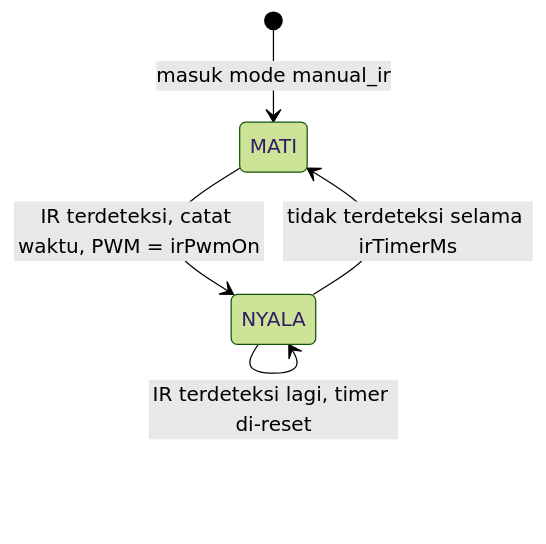
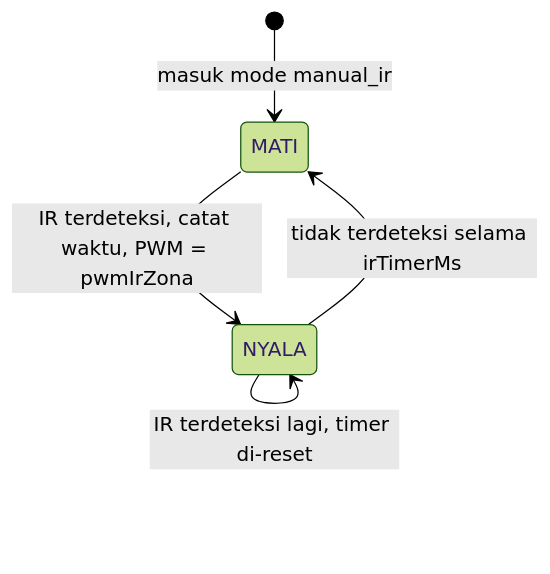
The diagram in docs/learning/07-mode-ir.md (ardellrasen/TPT-Adaptive-Lighting), drawn with Mermaid (forest theme) before and after one commit. The commit also changed other lines of this file and 20 other files, not shown here.

````diff
--- a/docs/learning/07-mode-ir.md
+++ b/docs/learning/07-mode-ir.md
@@ -61,7 +61,7 @@
 ```mermaid
 stateDiagram-v2
     [*] --> MATI: masuk mode manual_ir
-    MATI --> NYALA: IR terdeteksi, catat waktu, PWM = irPwmOn
+    MATI --> NYALA: IR terdeteksi, catat waktu, PWM = pwmIrZona
     NYALA --> NYALA: IR terdeteksi lagi, timer di-reset
     NYALA --> MATI: tidak terdeteksi selama irTimerMs
 ```
````
